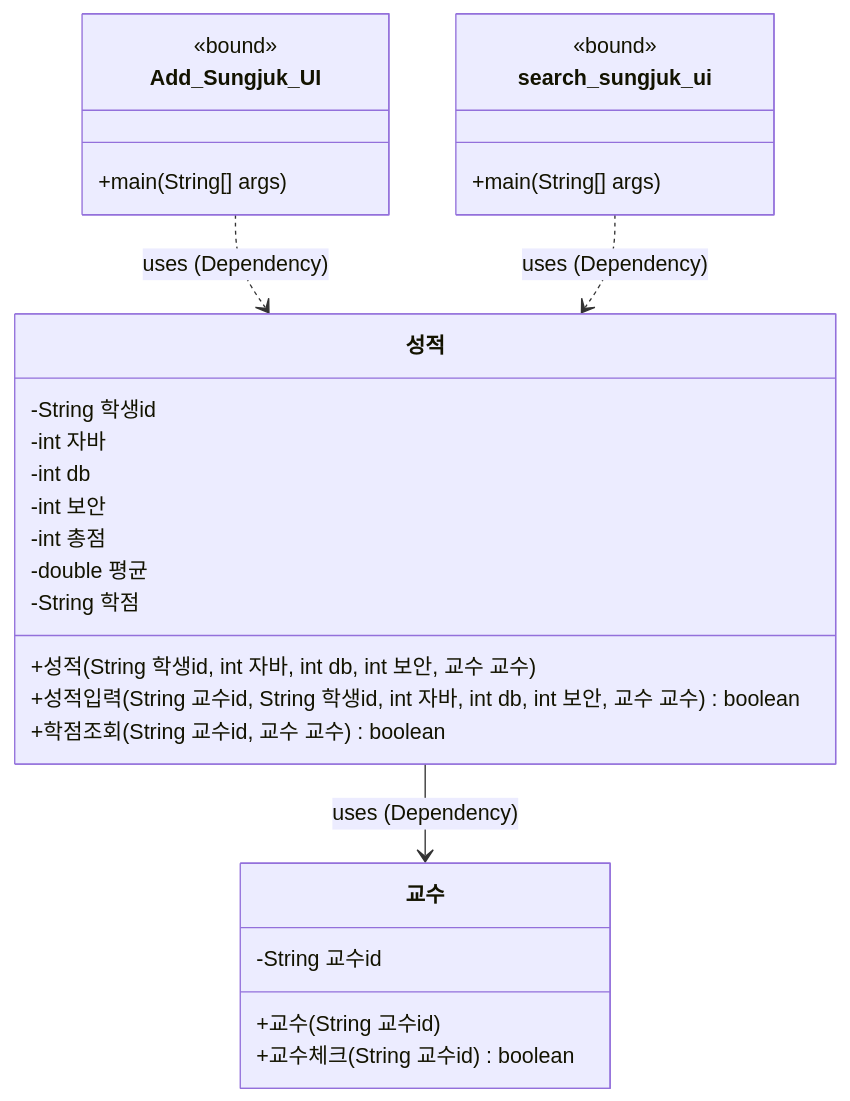
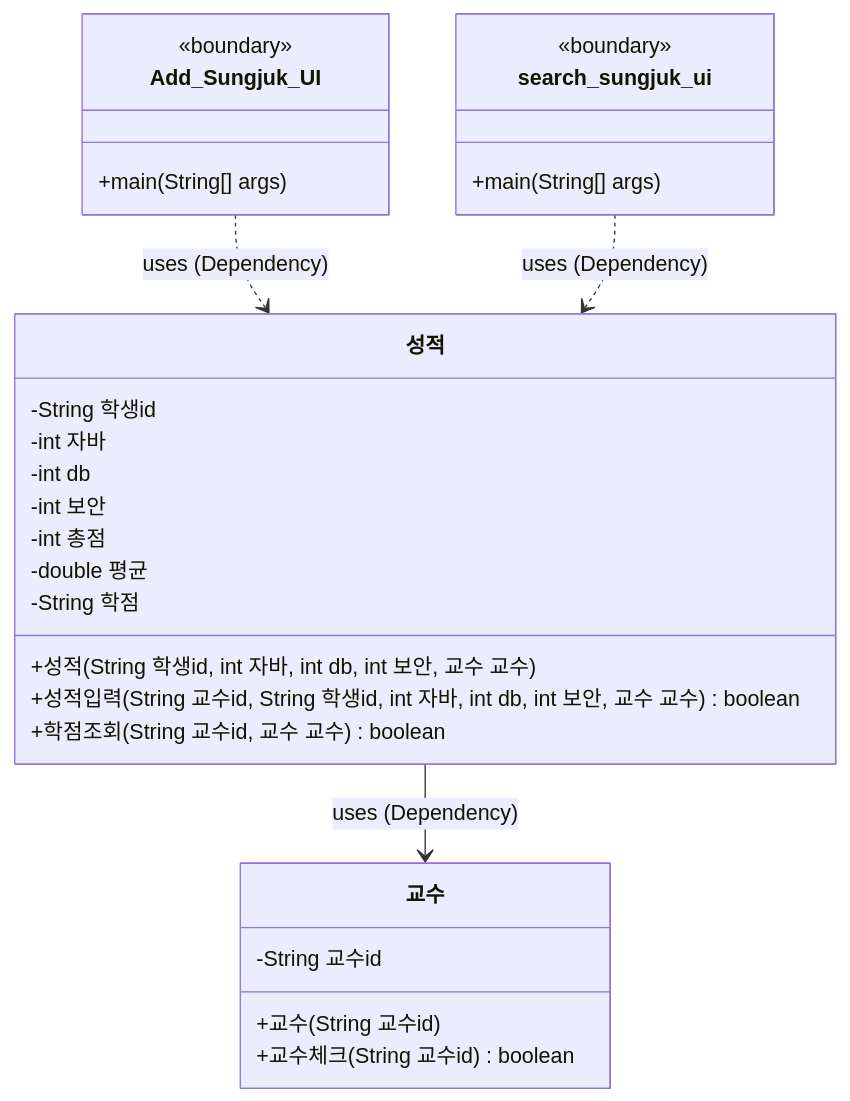
Before and after one commit to Sewqp/2026_05_12_Team6: the diagram in class.md, drawn with Mermaid.

````diff
--- a/class.md
+++ b/class.md
@@ -2,37 +2,37 @@
 ```mermaid
 classDiagram
 
 class 교수 {
     -String 교수id
     +교수(String 교수id)
     +교수체크(String 교수id) boolean
 }
 
 class 성적 {
     -String 학생id
     -int 자바
     -int db
     -int 보안
     -int 총점
     -double 평균
     -String 학점
 
     +성적(String 학생id, int 자바, int db, int 보안, 교수 교수)
     +성적입력(String 교수id, String 학생id, int 자바, int db, int 보안, 교수 교수) boolean
     +학점조회(String 교수id, 교수 교수) boolean
 }
 
 class Add_Sungjuk_UI {
-    <<bound>>
+    <<boundary>>
     +main(String[] args)
 }
 
 class search_sungjuk_ui {
-    <<bound>>
+    <<boundary>>
     +main(String[] args)
 }
 
 성적 --> 교수 : uses (Dependency)
 Add_Sungjuk_UI ..> 성적 : uses (Dependency)
 search_sungjuk_ui ..> 성적 : uses (Dependency)
 ```
````
